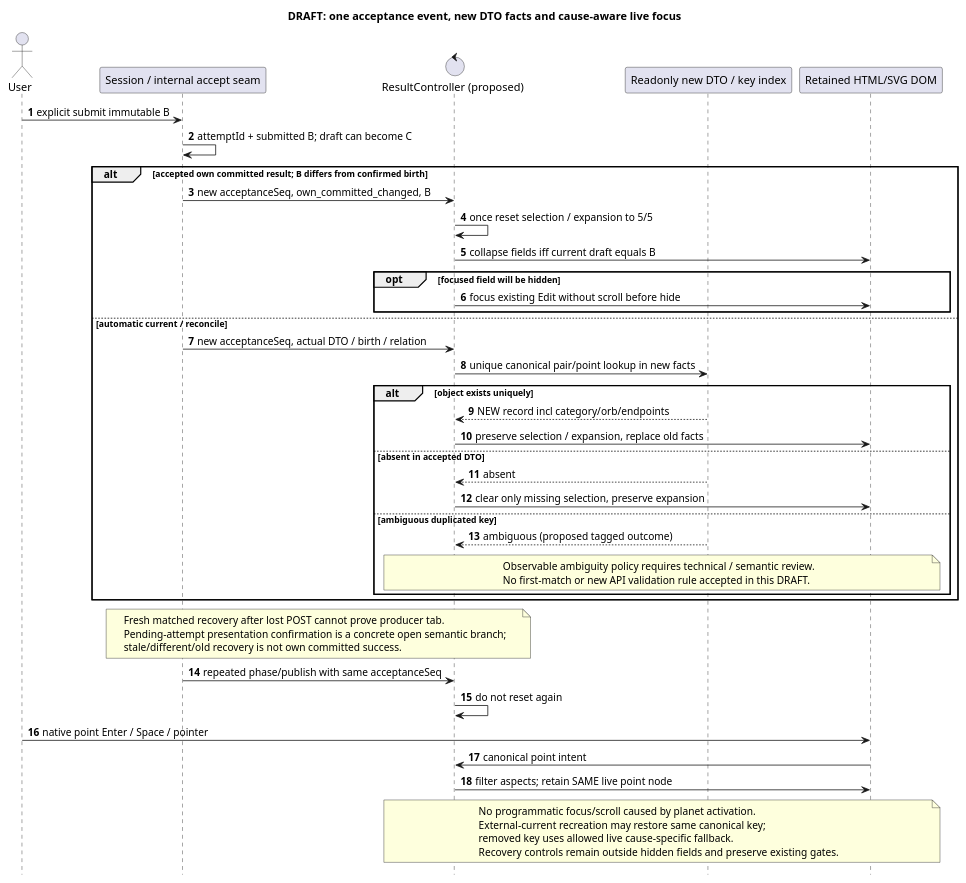
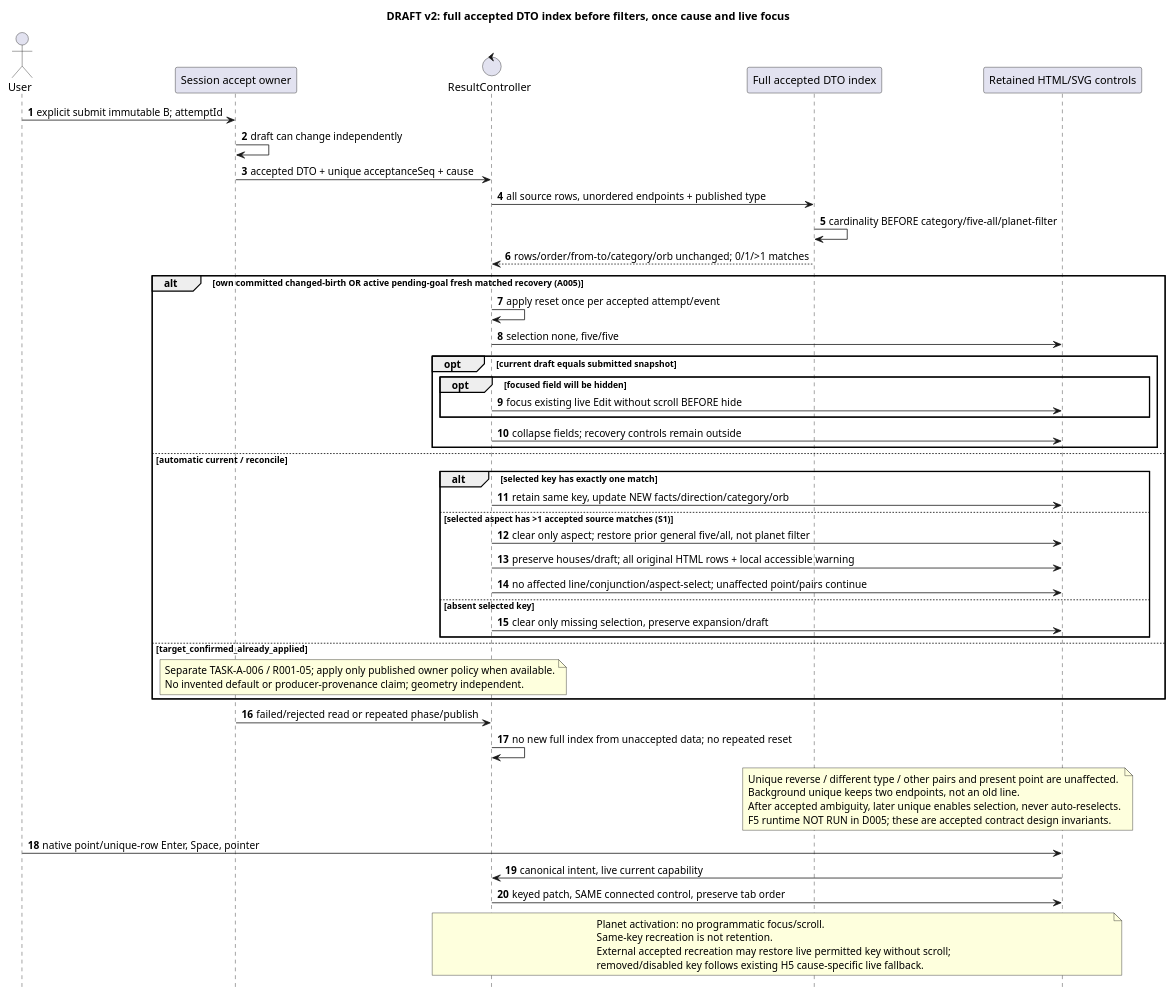
The diagram in docs/project_management/change_plans/ui-chart-wheel/developer/sequence_diagrams/ui/002-acceptance-selection-focus.puml (ksenia-baranova/exact-orb-demo), drawn with PlantUML before and after one commit. The commit also changed 163 other files, not shown here.

First line of the commit message:
docs: publish TASK-D-005 feasibility evidence and revised drawing draft

```diff
--- a/docs/project_management/change_plans/ui-chart-wheel/developer/sequence_diagrams/ui/002-acceptance-selection-focus.puml
+++ b/docs/project_management/change_plans/ui-chart-wheel/developer/sequence_diagrams/ui/002-acceptance-selection-focus.puml
@@ -1,54 +1,60 @@
 @startuml
-' DRAFT. Developer / TASK-D-003. InputSHA 8fb25770169166a3a4e94110eee684bd8b116474.
-' REQ-WHEEL-07/08/09/10; REQ-UI-09/11; AS-WHEEL-18/21/28/29/30; T003-G02/03/04.
-title DRAFT: one acceptance event, new DTO facts and cause-aware live focus
+' DRAFT Developer TASK-D-005. InputSHA34f187a; AnalystContractSHA2736e28 (accepted v3+S1).
+' R001-04; A005 applied; A006 conditional. REQ-WHEEL-04/07/08/10; AS-WHEEL-28/29/30.
+title DRAFT v2: full accepted DTO index before filters, once cause and live focus
 autonumber
 hide footbox
 actor User
-participant "Session / internal accept seam" as Session
-control "ResultController (proposed)" as Result
-participant "Readonly new DTO / key index" as Index
-participant "Retained HTML/SVG DOM" as DOM
-User -> Session : explicit submit immutable B
-Session -> Session : attemptId + submitted B; draft can become C
-alt accepted own committed result; B differs from confirmed birth
-  Session -> Result : new acceptanceSeq, own_committed_changed, B
-  Result -> Result : once reset selection / expansion to 5/5
-  Result -> DOM : collapse fields iff current draft equals B
-  opt focused field will be hidden
-    Result -> DOM : focus existing Edit without scroll before hide
+participant "Session accept owner" as Session
+control "ResultController" as Result
+participant "Full accepted DTO index" as Index
+participant "Retained HTML/SVG controls" as DOM
+User -> Session : explicit submit immutable B; attemptId
+Session -> Session : draft can change independently
+Session -> Result : accepted DTO + unique acceptanceSeq + cause
+Result -> Index : all source rows, unordered endpoints + published type
+Index -> Index : cardinality BEFORE category/five-all/planet-filter
+Index --> Result : rows/order/from-to/category/orb unchanged; 0/1/>1 matches
+alt own committed changed-birth OR active pending-goal fresh matched recovery (A005)
+  Result -> Result : apply reset once per accepted attempt/event
+  Result -> DOM : selection none, five/five
+  opt current draft equals submitted snapshot
+    opt focused field will be hidden
+      Result -> DOM : focus existing live Edit without scroll BEFORE hide
+    end
+    Result -> DOM : collapse fields; recovery controls remain outside
   end
 else automatic current / reconcile
-  Session -> Result : new acceptanceSeq, actual DTO / birth / relation
-  Result -> Index : unique canonical pair/point lookup in new facts
-  alt object exists uniquely
-    Index --> Result : NEW record incl category/orb/endpoints
-    Result -> DOM : preserve selection / expansion, replace old facts
-  else absent in accepted DTO
-    Index --> Result : absent
-    Result -> DOM : clear only missing selection, preserve expansion
-  else ambiguous duplicated key
-    Index --> Result : ambiguous (proposed tagged outcome)
-    note over Result, DOM
-    Observable ambiguity policy requires technical / semantic review.
-    No first-match or new API validation rule accepted in this DRAFT.
-    end note
+  alt selected key has exactly one match
+    Result -> DOM : retain same key, update NEW facts/direction/category/orb
+  else selected aspect has >1 accepted source matches (S1)
+    Result -> DOM : clear only aspect; restore prior general five/all, not planet filter
+    Result -> DOM : preserve houses/draft; all original HTML rows + local accessible warning
+    Result -> DOM : no affected line/conjunction/aspect-select; unaffected point/pairs continue
+  else absent selected key
+    Result -> DOM : clear only missing selection, preserve expansion/draft
   end
+else target_confirmed_already_applied
+  note over Session, Result
+  Separate TASK-A-006 / R001-05; apply only published owner policy when available.
+  No invented default or producer-provenance claim; geometry independent.
+  end note
 end
-note over Session, Result
-Fresh matched recovery after lost POST cannot prove producer tab.
-Pending-attempt presentation confirmation is a concrete open semantic branch;
-stale/different/old recovery is not own committed success.
+Session -> Result : failed/rejected read or repeated phase/publish
+Result -> Result : no new full index from unaccepted data; no repeated reset
+note over Index, DOM
+Unique reverse / different type / other pairs and present point are unaffected.
+Background unique keeps two endpoints, not an old line.
+After accepted ambiguity, later unique enables selection, never auto-reselects.
+F5 runtime NOT RUN in D005; these are accepted contract design invariants.
 end note
-Session -> Result : repeated phase/publish with same acceptanceSeq
-Result -> Result : do not reset again
-User -> DOM : native point Enter / Space / pointer
-DOM -> Result : canonical point intent
-Result -> DOM : filter aspects; retain SAME live point node
+User -> DOM : native point/unique-row Enter, Space, pointer
+DOM -> Result : canonical intent, live current capability
+Result -> DOM : keyed patch, SAME connected control, preserve tab order
 note over Result, DOM
-No programmatic focus/scroll caused by planet activation.
-External-current recreation may restore same canonical key;
-removed key uses allowed live cause-specific fallback.
-Recovery controls remain outside hidden fields and preserve existing gates.
+Planet activation: no programmatic focus/scroll.
+Same-key recreation is not retention.
+External accepted recreation may restore live permitted key without scroll;
+removed/disabled key follows existing H5 cause-specific live fallback.
 end note
 @enduml
```
